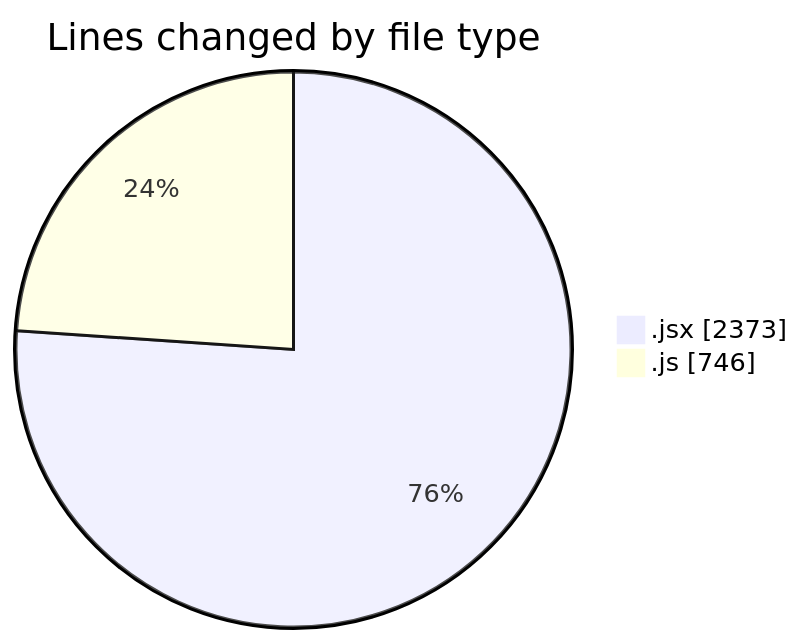
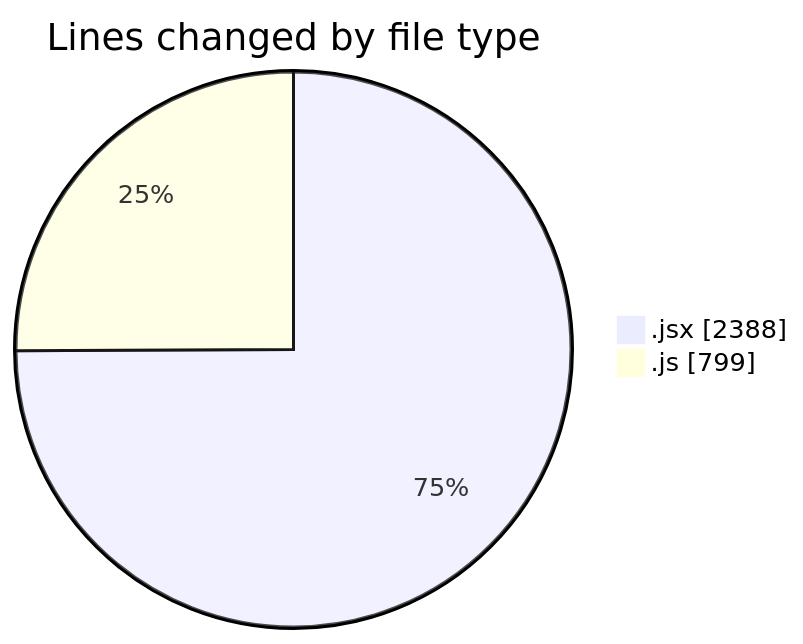
The first of 2 diagrams in 2025-07-14/argos/README.md (nxtqubesakshisongat/code-tracking), drawn with Mermaid before and after one commit. The commit also changed other lines of this file and 1 other file, not shown here.

````diff
--- a/2025-07-14/argos/README.md
+++ b/2025-07-14/argos/README.md
@@ -24,6 +24,6 @@
 ```mermaid
 pie showData
 title Lines changed by file type
-".jsx" : 2373
-".js" : 746
+".jsx" : 2388
+".js" : 799
 ```
````
